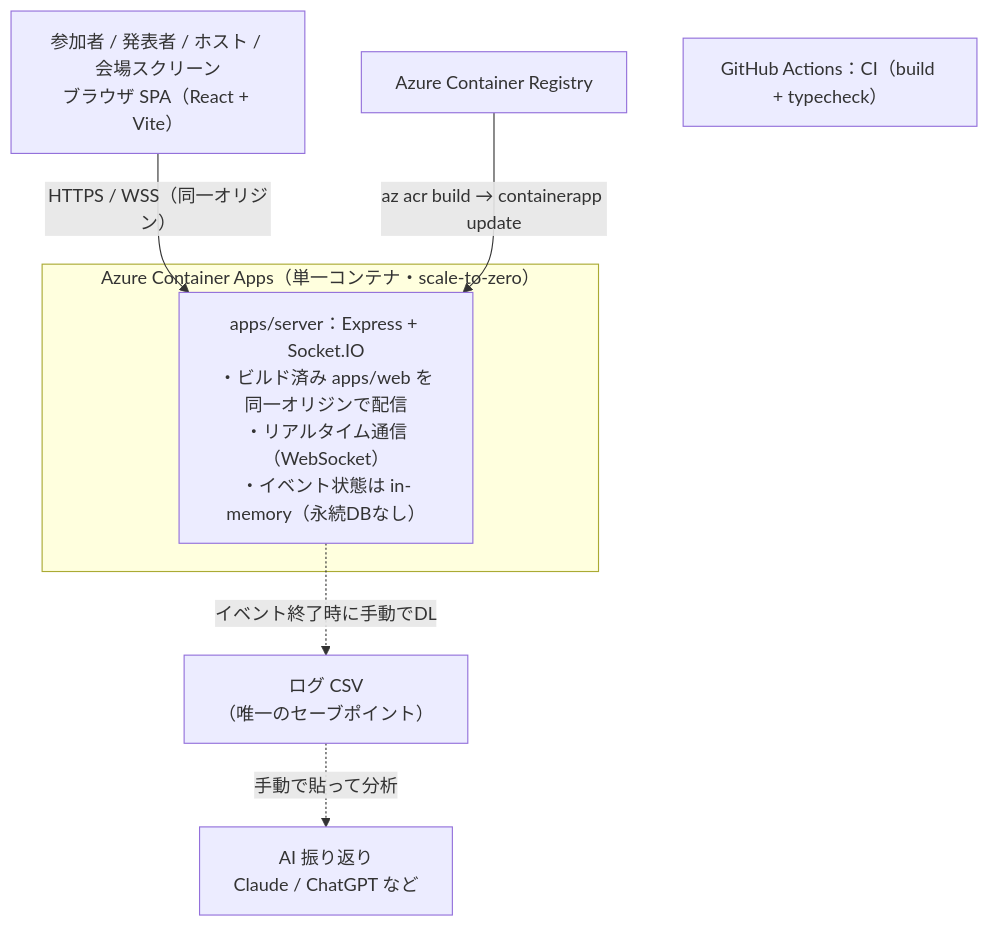
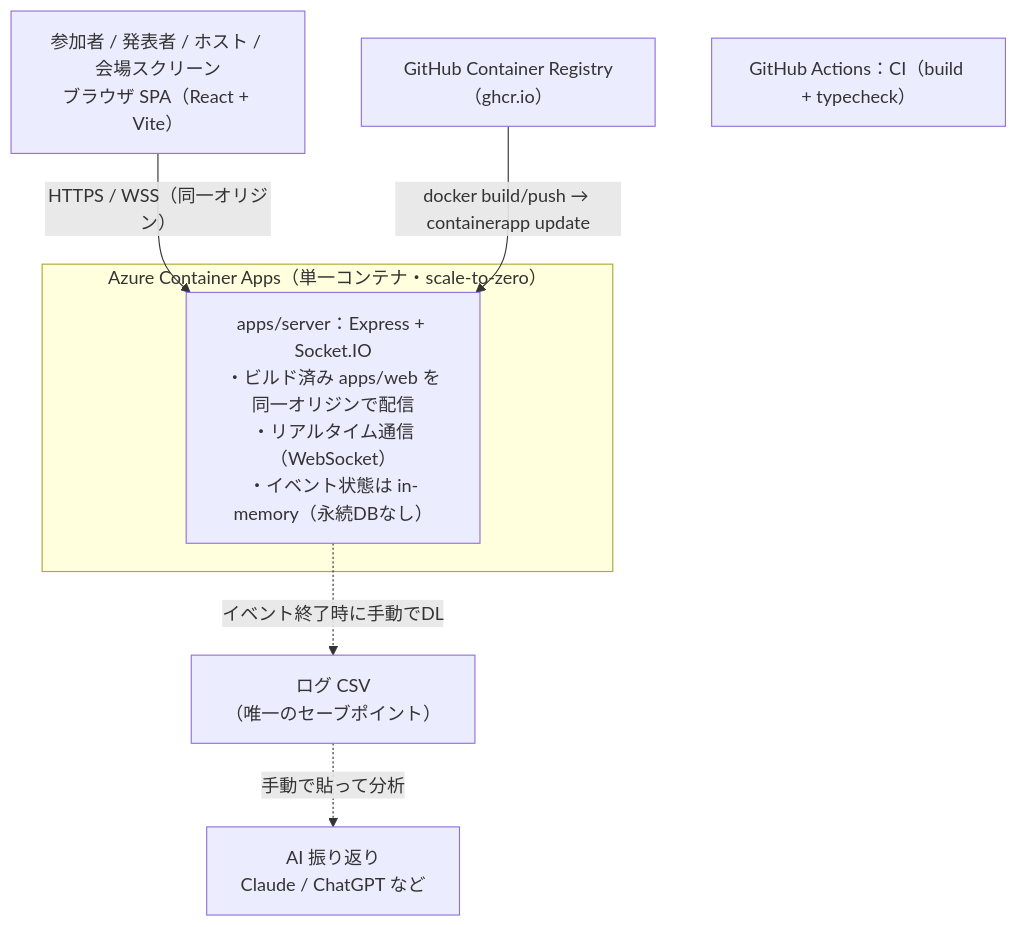
The diagram in README.md (PLUG365/SparkPlug), drawn with Mermaid before and after one commit. The commit also changed other lines of this file, not shown here.

````diff
--- a/README.md
+++ b/README.md
@@ -23,16 +23,16 @@
 ```mermaid
 flowchart TD
     Clients["参加者 / 発表者 / ホスト / 会場スクリーン<br/>ブラウザ SPA（React + Vite）"]
 
     Clients -->|"HTTPS / WSS（同一オリジン）"| App
 
     subgraph Azure["Azure Container Apps（単一コンテナ・scale-to-zero）"]
         App["apps/server：Express + Socket.IO<br/>・ビルド済み apps/web を同一オリジンで配信<br/>・リアルタイム通信（WebSocket）<br/>・イベント状態は in-memory（永続DBなし）"]
     end
 
-    ACR["Azure Container Registry"] -->|"az acr build → containerapp update"| App
+    GHCR["GitHub Container Registry（ghcr.io）"] -->|"docker build/push → containerapp update"| App
     GH["GitHub Actions：CI（build + typecheck）"]
 
     App -.->|"イベント終了時に手動でDL"| CSV["ログ CSV<br/>（唯一のセーブポイント）"]
     CSV -.->|"手動で貼って分析"| AI["AI 振り返り<br/>Claude / ChatGPT など"]
 ```
````
